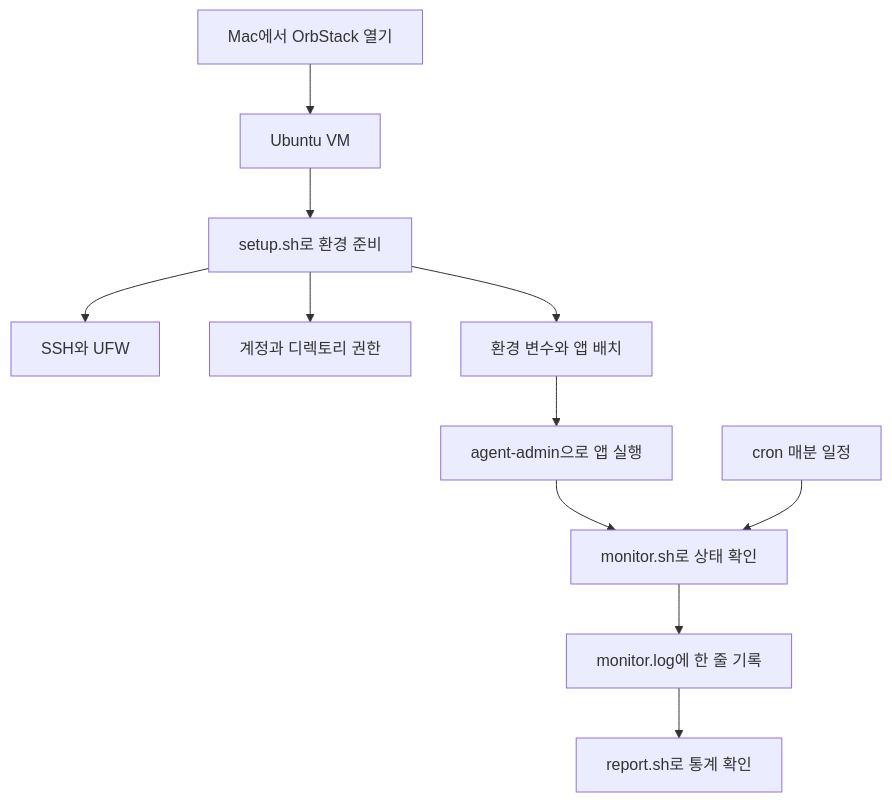
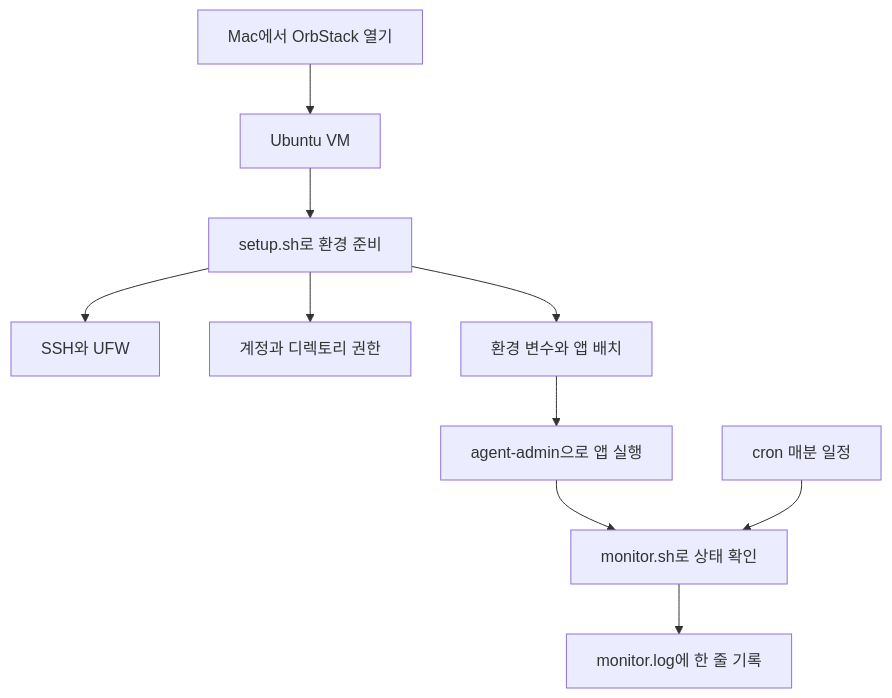
The diagram in docs/README.md (hkk-cody/B4-1), drawn with Mermaid before and after one commit. The commit also changed other lines of this file and 17 other files, not shown here.

````diff
--- a/docs/README.md
+++ b/docs/README.md
@@ -24,13 +24,12 @@
 ```mermaid
 flowchart TD
     A[Mac에서 OrbStack 열기] --> B[Ubuntu VM]
     B --> C[setup.sh로 환경 준비]
     C --> D[SSH와 UFW]
     C --> E[계정과 디렉토리 권한]
     C --> F[환경 변수와 앱 배치]
     F --> G[agent-admin으로 앱 실행]
     G --> H[monitor.sh로 상태 확인]
     I[cron 매분 일정] --> H
     H --> J[monitor.log에 한 줄 기록]
-    J --> K[report.sh로 통계 확인]
 ```
````
